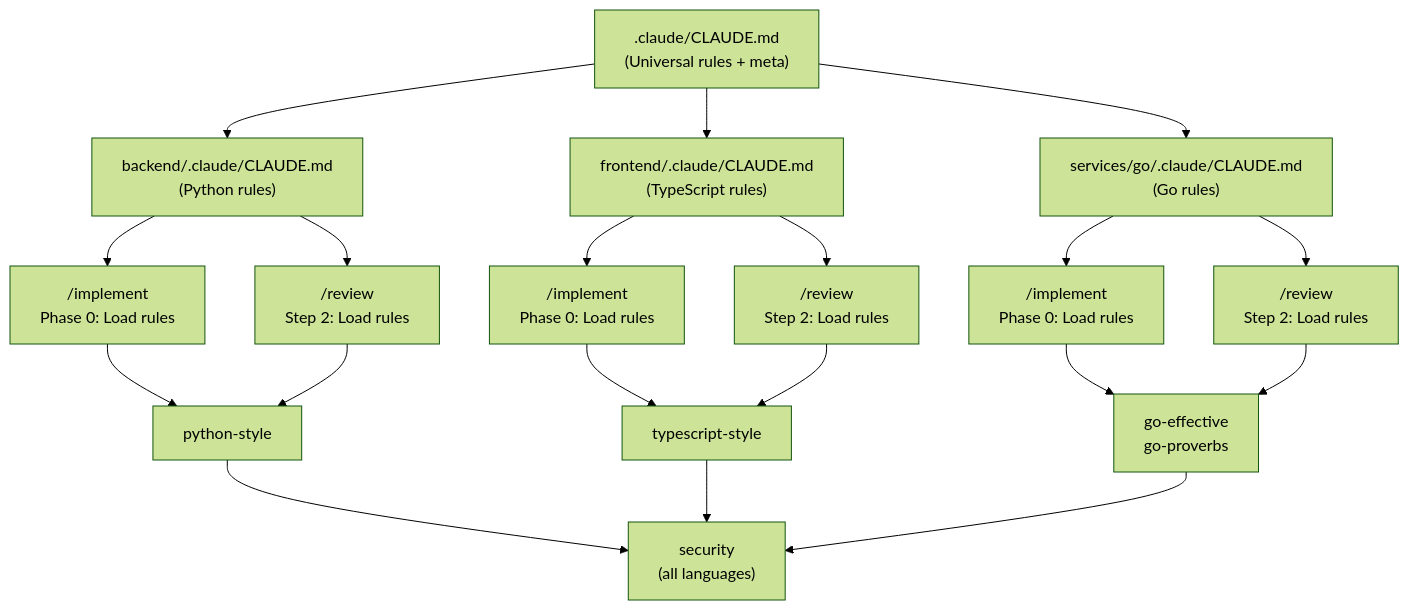
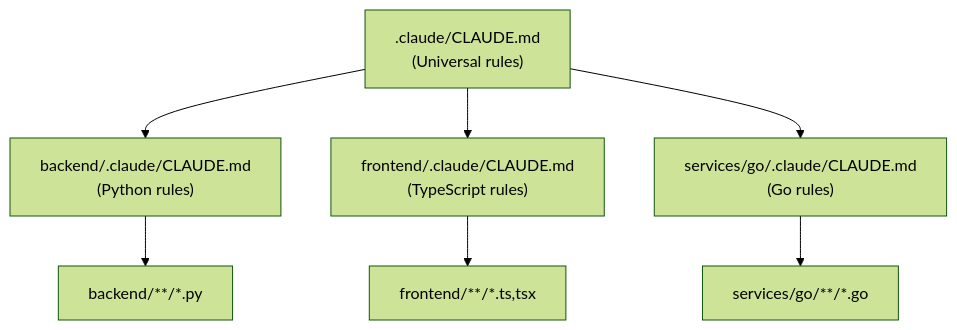
The second of 6 diagrams in ARCHITECTURE.md (peteski22/claude-pragma), drawn with Mermaid (forest theme) before and after one commit. The commit also changed other lines of this file, not shown here.

Commit message:
Add comprehensive Monorepo Validator Map diagram showing full Phase 0-4 flow

````diff
--- a/ARCHITECTURE.md
+++ b/ARCHITECTURE.md
@@ -46,23 +104,12 @@
 ```mermaid
 graph TD
-    Root[".claude/CLAUDE.md<br/>(Universal rules + meta)"]
+    Root[".claude/CLAUDE.md<br/>(Universal rules)"]
 
     Root --> Backend["backend/.claude/CLAUDE.md<br/>(Python rules)"]
     Root --> Frontend["frontend/.claude/CLAUDE.md<br/>(TypeScript rules)"]
     Root --> Services["services/go/.claude/CLAUDE.md<br/>(Go rules)"]
 
-    Backend --> BI["/implement<br/>Phase 0: Load rules"]
-    Backend --> BR["/review<br/>Step 2: Load rules"]
-
-    Frontend --> FI["/implement<br/>Phase 0: Load rules"]
-    Frontend --> FR["/review<br/>Step 2: Load rules"]
-
-    Services --> SI["/implement<br/>Phase 0: Load rules"]
-    Services --> SR["/review<br/>Step 2: Load rules"]
-
-    BI & BR --> PyVal["python-style"]
-    FI & FR --> TSVal["typescript-style"]
-    SI & SR --> GoVal["go-effective<br/>go-proverbs"]
-
-    PyVal & TSVal & GoVal --> Sec["security<br/>(all languages)"]
+    Backend --> PyFiles["backend/**/*.py"]
+    Frontend --> TSFiles["frontend/**/*.ts,tsx"]
+    Services --> GoFiles["services/go/**/*.go"]
 ```
````
